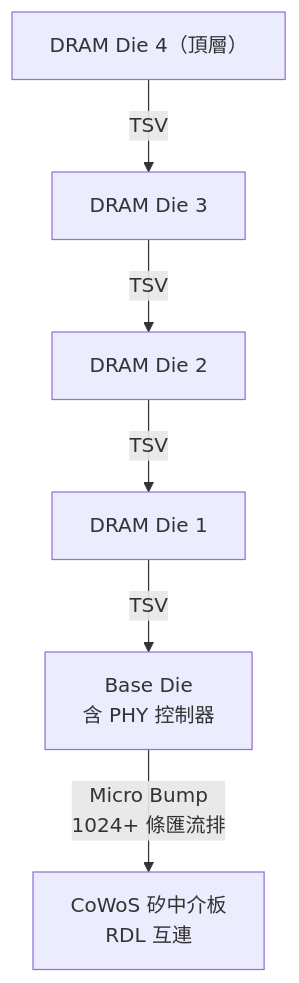
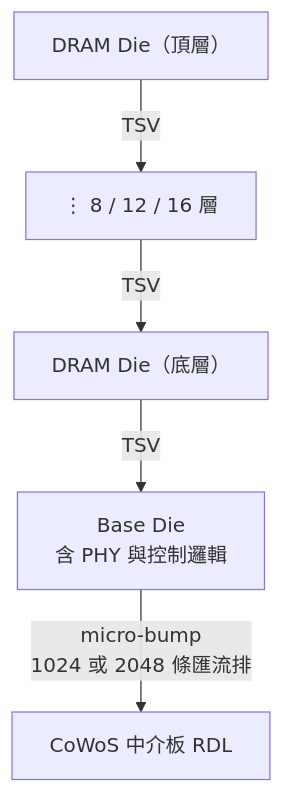
One commit to wizardhsiehcom/book changed the second of 3 diagrams in docs/cowos/07-hbm-integration.md. Above: the diagram before and after it, drawn with Mermaid. The commit also changed other lines of this file and 33 other files, not shown here.

````diff
--- a/docs/cowos/07-hbm-integration.md
+++ b/docs/cowos/07-hbm-integration.md
@@ -25,12 +22,10 @@
 ```mermaid
 flowchart TB
-    D4["DRAM Die 4（頂層）"]
-    D3["DRAM Die 3"]
-    D2["DRAM Die 2"]
-    D1["DRAM Die 1"]
-    BD["Base Die<br/>含 PHY 控制器"]
-    INT["CoWoS 矽中介板<br/>RDL 互連"]
-
-    D4 -->|"TSV"| D3 -->|"TSV"| D2 -->|"TSV"| D1 -->|"TSV"| BD
-    BD -->|"Micro Bump<br/>1024+ 條匯流排"| INT
+    D3["DRAM Die（頂層）"]
+    D2["⋮ 8 / 12 / 16 層"]
+    D1["DRAM Die（底層）"]
+    BD["Base Die<br/>含 PHY 與控制邏輯"]
+    INT["CoWoS 中介板 RDL"]
+    D3 -->|"TSV"| D2 -->|"TSV"| D1 -->|"TSV"| BD
+    BD -->|"micro-bump<br/>1024 或 2048 條匯流排"| INT
 ```
````
